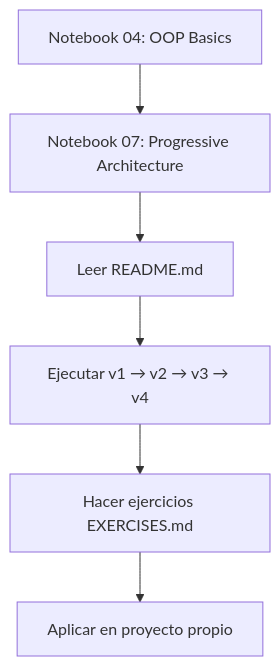
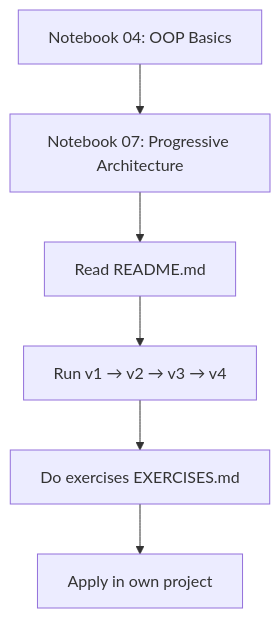
One commit to avidaldo/CSPy changed the first of 2 diagrams in code/code-examples/bank_evolution/INDEX.md. Above: the diagram before and after it, drawn with Mermaid. The commit also changed other lines of this file and 13 other files, not shown here.

````diff
--- a/code/code-examples/bank_evolution/INDEX.md
+++ b/code/code-examples/bank_evolution/INDEX.md
@@ -36,8 +36,8 @@
 ```mermaid
 graph TD
     A[Notebook 04: OOP Basics] --> B[Notebook 07: Progressive Architecture]
-    B --> C[Leer README.md]
-    C --> D[Ejecutar v1 → v2 → v3 → v4]
-    D --> E[Hacer ejercicios EXERCISES.md]
-    E --> F[Aplicar en proyecto propio]
+    B --> C[Read README.md]
+    C --> D[Run v1 → v2 → v3 → v4]
+    D --> E[Do exercises EXERCISES.md]
+    E --> F[Apply in own project]
 ```
````
